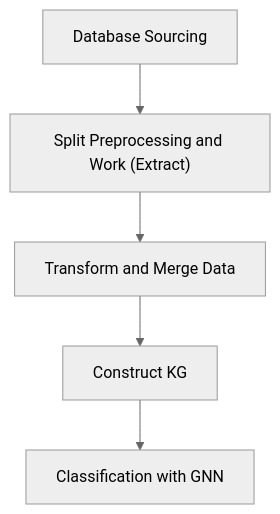
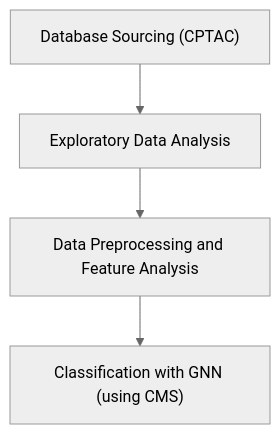
The diagram in README.md (collaborativebioinformatics/Proteomic_Genomic_Cancer_KG), drawn with Mermaid (neutral theme) before and after one commit.

````diff
--- a/README.md
+++ b/README.md
@@ -7,7 +7,6 @@
 ```mermaid
 graph TD;
-  A["Database Sourcing"]-->B["Split Preprocessing and Work (Extract)"];
-  B-->C["Transform and Merge Data"];
-  C-->D["Construct KG"];
-  D-->E["Classification with GNN"]
+  A["Database Sourcing (CPTAC)"]-->B["Exploratory Data Analysis"];
+  B-->C["Data Preprocessing and Feature Analysis"];
+  C-->D["Classification with GNN (using CMS)"]
 ```
````
